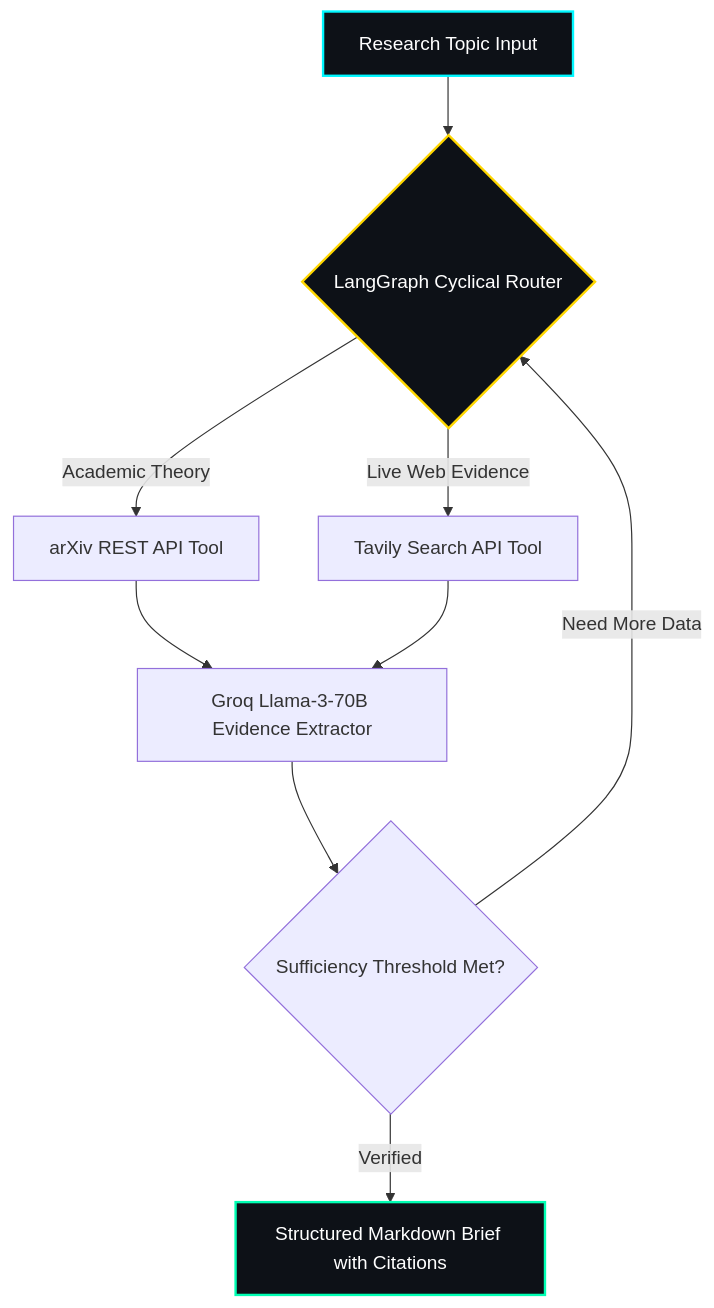
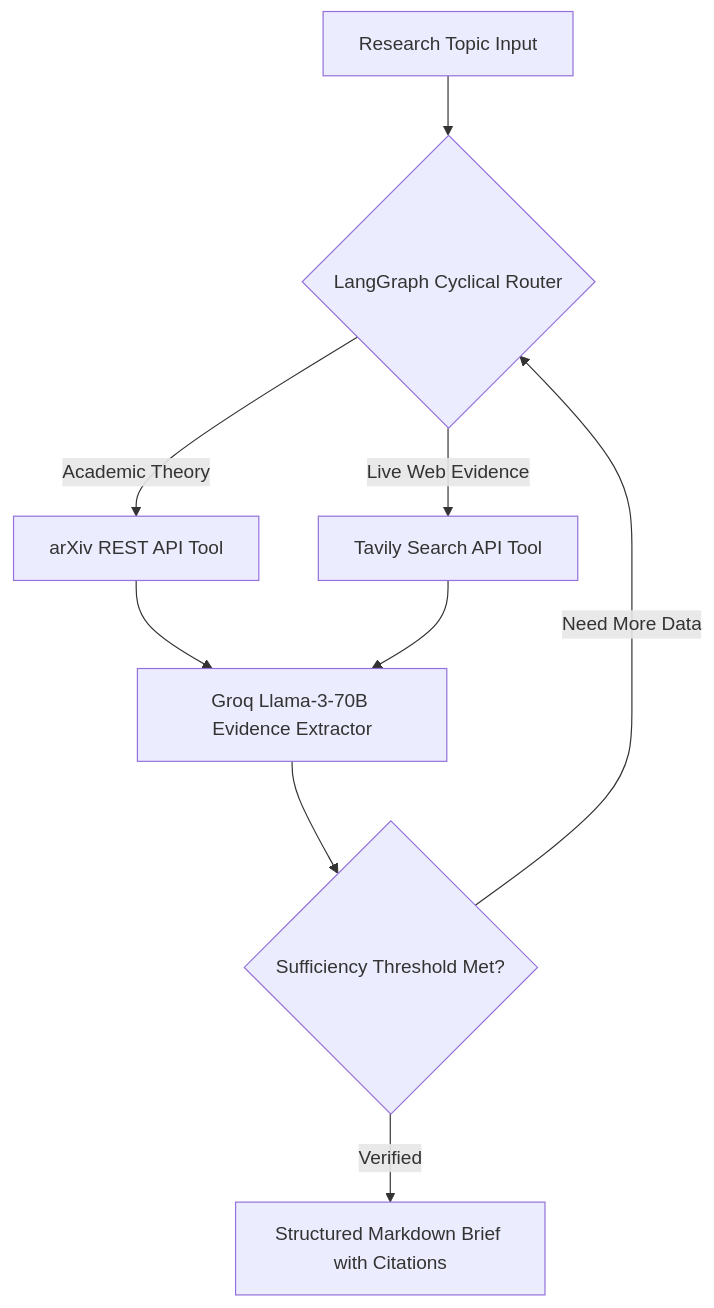
The fifth of 7 diagrams in README.md (AnmolRajpoot25/AnmolRajpoot25), drawn with Mermaid before and after one commit. The commit also changed other lines of this file, not shown here.

````diff
--- a/README.md
+++ b/README.md
@@ -176,18 +156,14 @@
 ```mermaid
 flowchart TD
     Q["Research Topic Input"] --> LG{"LangGraph Cyclical Router"}
     
     LG -->|"Academic Theory"| AX["arXiv REST API Tool"]
     LG -->|"Live Web Evidence"| TV["Tavily Search API Tool"]
     
     AX --> EVAL["Groq Llama-3-70B Evidence Extractor"]
     TV --> EVAL
     
     EVAL --> HYP{"Sufficiency Threshold Met?"}
     HYP -->|"Need More Data"| LG
     HYP -->|"Verified"| REP["Structured Markdown Brief with Citations"]
-
-    style Q fill:#0d1117,stroke:#00F7FF,stroke-width:2px,color:#fff
-    style LG fill:#0d1117,stroke:#FFD700,stroke-width:2px,color:#fff
-    style REP fill:#0d1117,stroke:#00FFB3,stroke-width:2px,color:#fff
 ```
````
